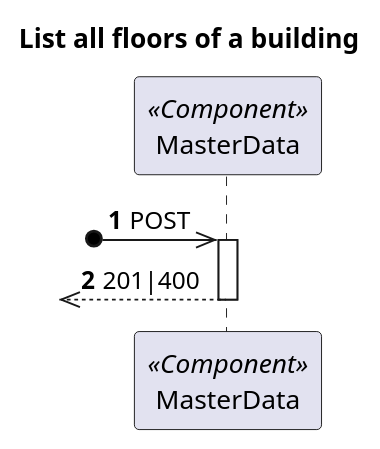
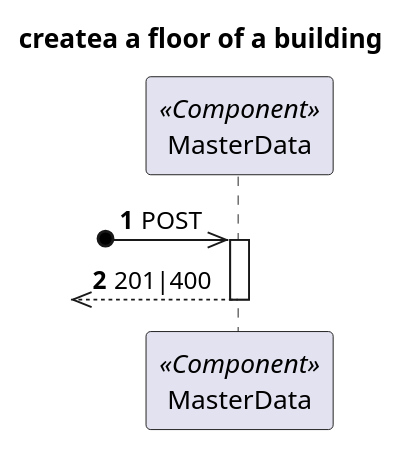
Before and after one commit to 1210910/lapr5: the diagram in docs/Vista Processo/US190/ProcessView_Level2_US190.puml, drawn with PlantUML. The commit also changed 66 other files, not shown here.

```diff
--- a/docs/Vista Processo/US190/ProcessView_Level2_US190.puml
+++ b/docs/Vista Processo/US190/ProcessView_Level2_US190.puml
@@ -1,17 +1,17 @@
 @startuml
 'https://plantuml.com/sequence-diagram
 
 autonumber
 
 skinparam packageStyle rect
 
-title List all floors of a building
+title createa a floor of a building
 
 participant "MasterData" as MD <<Component>>
 
 ?o->> MD : POST
 
 activate MD
 ?o<<-- MD : 201|400
 deactivate MD
 @enduml
```
